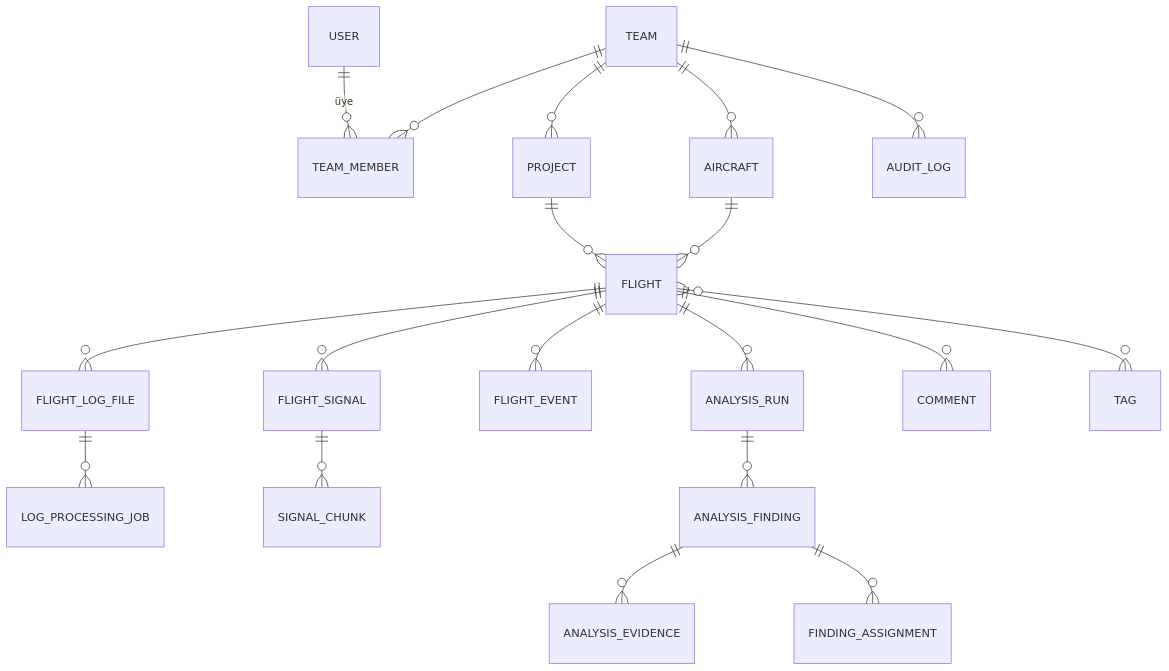
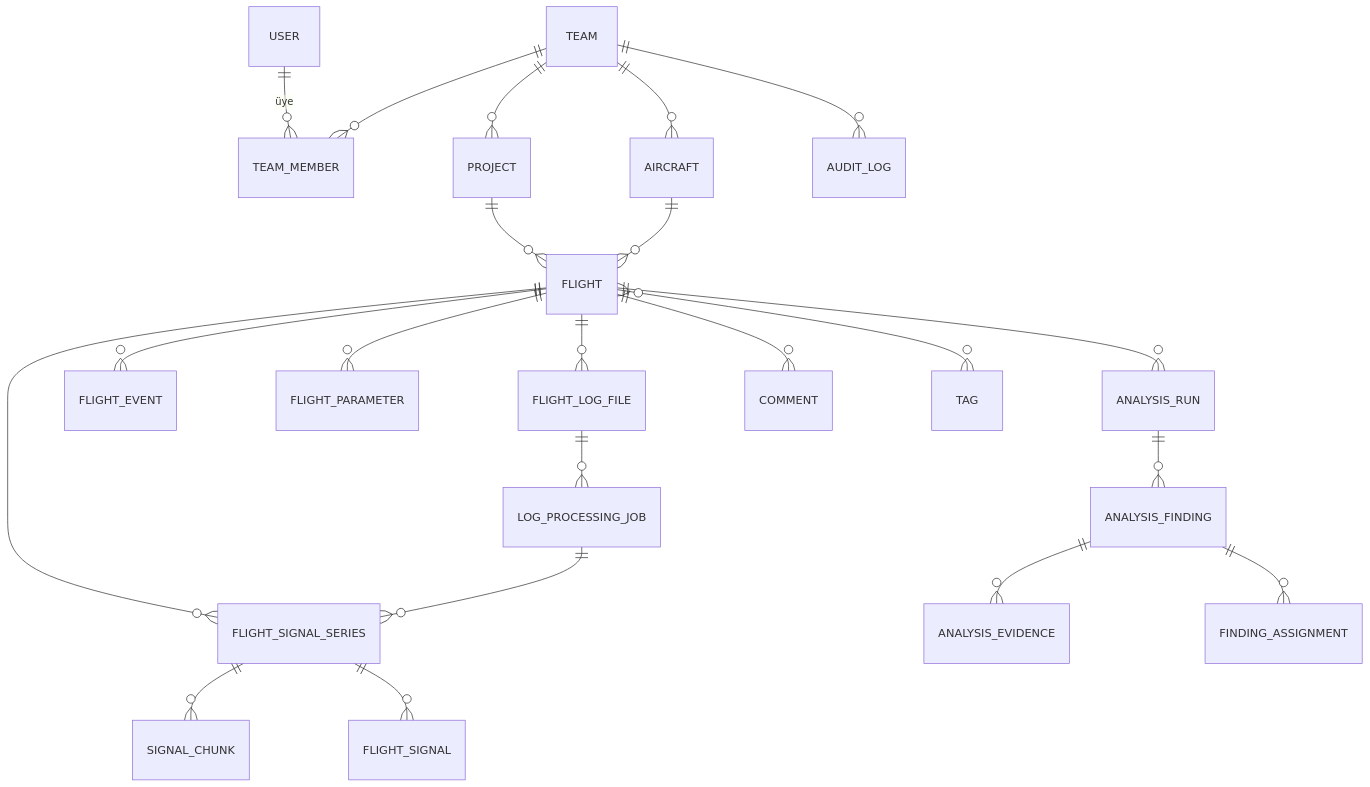
Before and after one commit to mustafaklee/flight-log-analyzer: the second of 3 diagrams in docs/architecture.md, drawn with Mermaid. The commit also changed other lines of this file and 8 other files, not shown here.

````diff
--- a/docs/architecture.md
+++ b/docs/architecture.md
@@ -94,21 +94,24 @@
 ```mermaid
 erDiagram
     USER ||--o{ TEAM_MEMBER : "üye"
     TEAM ||--o{ TEAM_MEMBER : ""
     TEAM ||--o{ PROJECT : ""
     TEAM ||--o{ AIRCRAFT : ""
     PROJECT ||--o{ FLIGHT : ""
     AIRCRAFT ||--o{ FLIGHT : ""
     FLIGHT ||--o{ FLIGHT_LOG_FILE : ""
     FLIGHT_LOG_FILE ||--o{ LOG_PROCESSING_JOB : ""
-    FLIGHT ||--o{ FLIGHT_SIGNAL : ""
-    FLIGHT_SIGNAL ||--o{ SIGNAL_CHUNK : ""
+    FLIGHT ||--o{ FLIGHT_SIGNAL_SERIES : ""
+    LOG_PROCESSING_JOB ||--o{ FLIGHT_SIGNAL_SERIES : ""
+    FLIGHT_SIGNAL_SERIES ||--o{ SIGNAL_CHUNK : ""
+    FLIGHT_SIGNAL_SERIES ||--o{ FLIGHT_SIGNAL : ""
     FLIGHT ||--o{ FLIGHT_EVENT : ""
+    FLIGHT ||--o{ FLIGHT_PARAMETER : ""
     FLIGHT ||--o{ ANALYSIS_RUN : ""
     ANALYSIS_RUN ||--o{ ANALYSIS_FINDING : ""
     ANALYSIS_FINDING ||--o{ ANALYSIS_EVIDENCE : ""
     ANALYSIS_FINDING ||--o{ FINDING_ASSIGNMENT : ""
     FLIGHT ||--o{ COMMENT : ""
     FLIGHT }o--o{ TAG : ""
     TEAM ||--o{ AUDIT_LOG : ""
 ```
````
